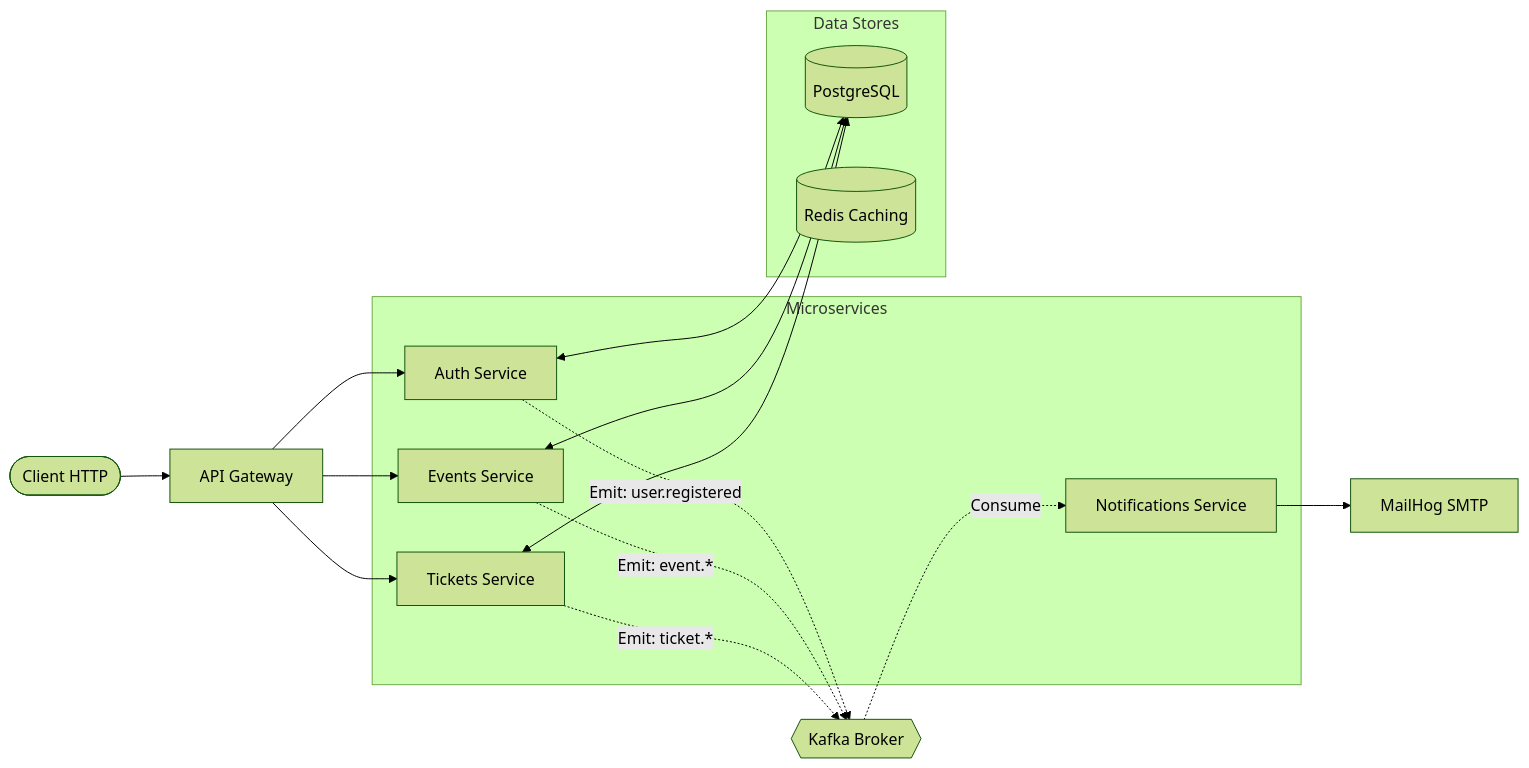
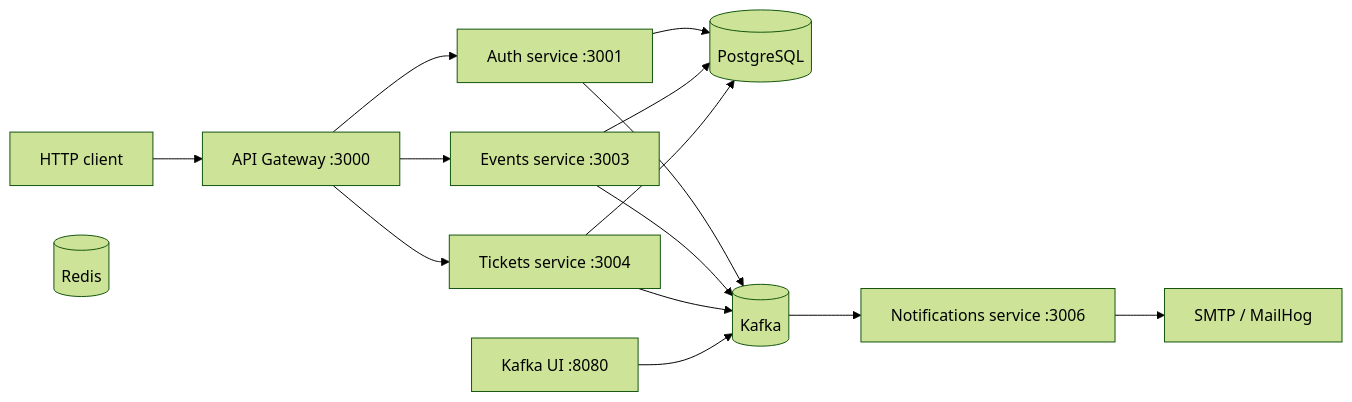
Before and after one commit to BYTECODENINJA/Nexivent: the first of 2 diagrams in README.md, drawn with Mermaid (forest theme). The commit also changed other lines of this file and 2 other files, not shown here.

````diff
--- a/README.md
+++ b/README.md
@@ -96,31 +42,21 @@
 ```mermaid
-graph LR
-    Client([Client HTTP]) --> GatewayApp[API Gateway]
-    
-    subgraph Microservices
-        AuthApp[Auth Service]
-        EventsApp[Events Service]
-        TicketsApp[Tickets Service]
-        NotifyApp[Notifications Service]
-    end
+flowchart LR
+    Client[HTTP client] --> Gateway[API Gateway :3000]
 
-    subgraph Data Stores
-        Postgres[(PostgreSQL)]
-        Redis[(Redis Caching)]
-    end
+    Gateway --> Auth[Auth service :3001]
+    Gateway --> Events[Events service :3003]
+    Gateway --> Tickets[Tickets service :3004]
 
-    GatewayApp --> AuthApp
-    GatewayApp --> EventsApp
-    GatewayApp --> TicketsApp
+    Auth --> PostgreSQL[(PostgreSQL)]
+    Events --> PostgreSQL
+    Tickets --> PostgreSQL
 
-    AuthApp -.->|Emit: user.registered| KafkaBroker{{Kafka Broker}}
-    EventsApp -.->|Emit: event.*| KafkaBroker
-    TicketsApp -.->|Emit: ticket.*| KafkaBroker
-    
-    KafkaBroker -.->|Consume| NotifyApp
-    
-    AuthApp <--> Postgres
-    EventsApp <--> Postgres
-    TicketsApp <--> Postgres
-    NotifyApp --> MailHog[MailHog SMTP]
+    Auth --> Kafka[(Kafka)]
+    Events --> Kafka
+    Tickets --> Kafka
+    Kafka --> Notifications[Notifications service :3006]
+    Notifications --> SMTP[SMTP / MailHog]
+
+    Redis[(Redis)]
+    KafkaUI[Kafka UI :8080] --> Kafka
 ```
````
